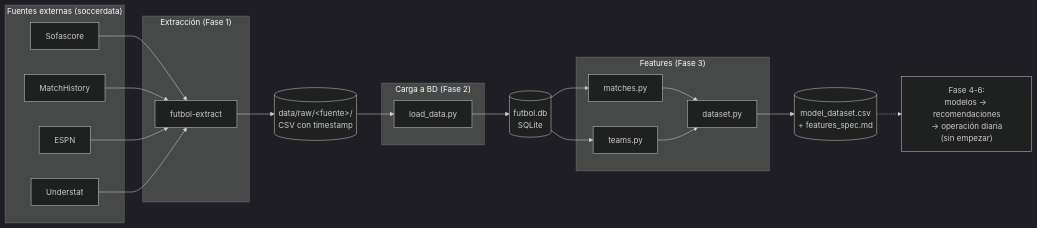
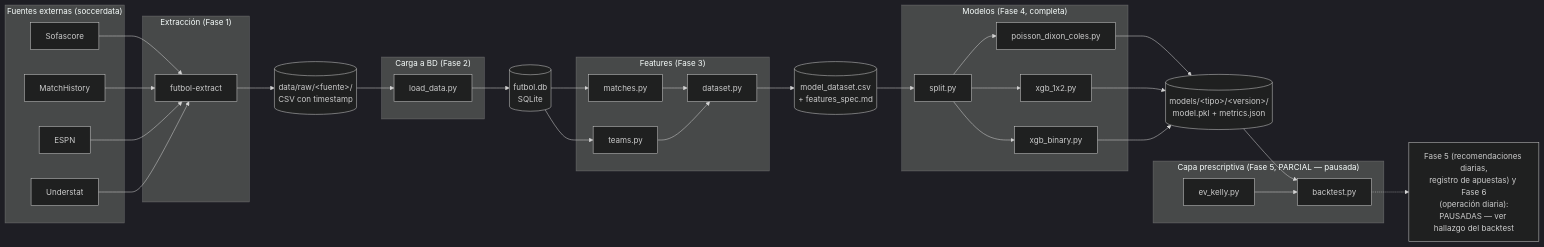
Before and after one commit to CarlosPerez1995/Projecto-Futbol: the first of 2 diagrams in INFORME_ARQUITECTURA.md, drawn with Mermaid (dark theme). The commit also changed other lines of this file and 4 other files, not shown here.

````diff
--- a/INFORME_ARQUITECTURA.md
+++ b/INFORME_ARQUITECTURA.md
@@ -10,43 +10,66 @@
 ```mermaid
 flowchart LR
     subgraph Fuentes["Fuentes externas (soccerdata)"]
         SO[Sofascore]
         MH[MatchHistory]
         ES[ESPN]
         UN[Understat]
     end
 
     subgraph Extraccion["Extracción (Fase 1)"]
         CLI[futbol-extract]
     end
 
     RAW[("data/raw/&lt;fuente&gt;/\nCSV con timestamp")]
 
     subgraph Carga["Carga a BD (Fase 2)"]
         LOAD[load_data.py]
     end
 
     DB[("futbol.db\nSQLite")]
 
     subgraph FeaturesFase["Features (Fase 3)"]
         FM[matches.py]
         FT[teams.py]
         FD[dataset.py]
     end
 
     DATASET[("model_dataset.csv\n+ features_spec.md")]
 
-    FUTURO["Fase 4-6:\nmodelos → recomendaciones\n→ operación diaria\n(sin empezar)"]
+    subgraph ModelosFase["Modelos (Fase 4, completa)"]
+        SPLIT[split.py]
+        DC[poisson_dixon_coles.py]
+        X12[xgb_1x2.py]
+        XB[xgb_binary.py]
+    end
+
+    MODELS[("models/&lt;tipo&gt;/&lt;version&gt;/\nmodel.pkl + metrics.json")]
+
+    subgraph FasePrescriptiva["Capa prescriptiva (Fase 5, PARCIAL — pausada)"]
+        EVK[ev_kelly.py]
+        BT[backtest.py]
+    end
+
+    FUTURO["Fase 5 (recomendaciones diarias,\nregistro de apuestas) y Fase 6\n(operación diaria):\nPAUSADAS — ver hallazgo del backtest"]
 
     SO --> CLI
     MH --> CLI
     ES --> CLI
     UN --> CLI
     CLI --> RAW
     RAW --> LOAD
     LOAD --> DB
     DB --> FM --> FD
     DB --> FT --> FD
     FD --> DATASET
-    DATASET -.-> FUTURO
+    DATASET --> SPLIT
+    SPLIT --> DC
+    SPLIT --> X12
+    SPLIT --> XB
+    DC --> MODELS
+    X12 --> MODELS
+    XB --> MODELS
+    MODELS --> BT
+    EVK --> BT
+    BT -.-> FUTURO
 ```
````
